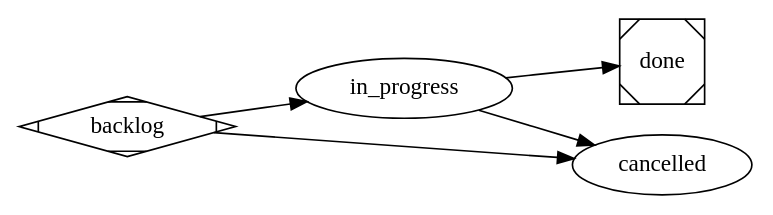
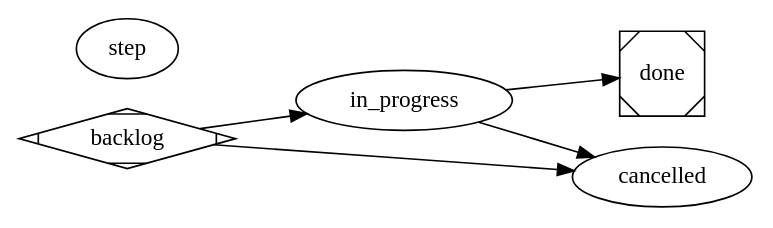
Before and after one commit to bobmcallan/satelle: the diagram in internal/config/substrate/workflows/satelle-baseline-workflow.md, drawn with Graphviz. The commit also changed 9 other files, not shown here.

First line of the commit message:
feat(workflow): transparent lifecycle reviewers + relaxed spine (sty_9a139c78)

````diff
--- a/internal/config/substrate/workflows/satelle-baseline-workflow.md
+++ b/internal/config/substrate/workflows/satelle-baseline-workflow.md
@@ -19,17 +19,21 @@
 ```dot
 digraph satelle_baseline {
   graph [goal="The order-zero lifecycle every satelle repo inherits", vars="story"]
   rankdir=LR
 
   backlog     [shape=Mdiamond]
   in_progress [actor=executor]
   done        [shape=Msquare, actor=reviewer, prompt="@skill:satelle-story-done-review"]
   cancelled   [actor=reviewer, prompt="@skill:satelle-story-cancel-review"]
+  // step is a transparent, edge-less declaration (sty_9a139c78): it opts this
+  // workflow into per-transition step summaries (satelle-step-summary), marked
+  // mandatory so a summary failure is surfaced. It is not a lifecycle state.
+  step        [actor=reviewer, prompt="@skill:satelle-step-summary", mandatory=true]
 
   backlog -> in_progress [reviewer_skill="satelle-story-intent-review"]
   in_progress -> done
 
   backlog     -> cancelled
   in_progress -> cancelled
 }
 ```
````
